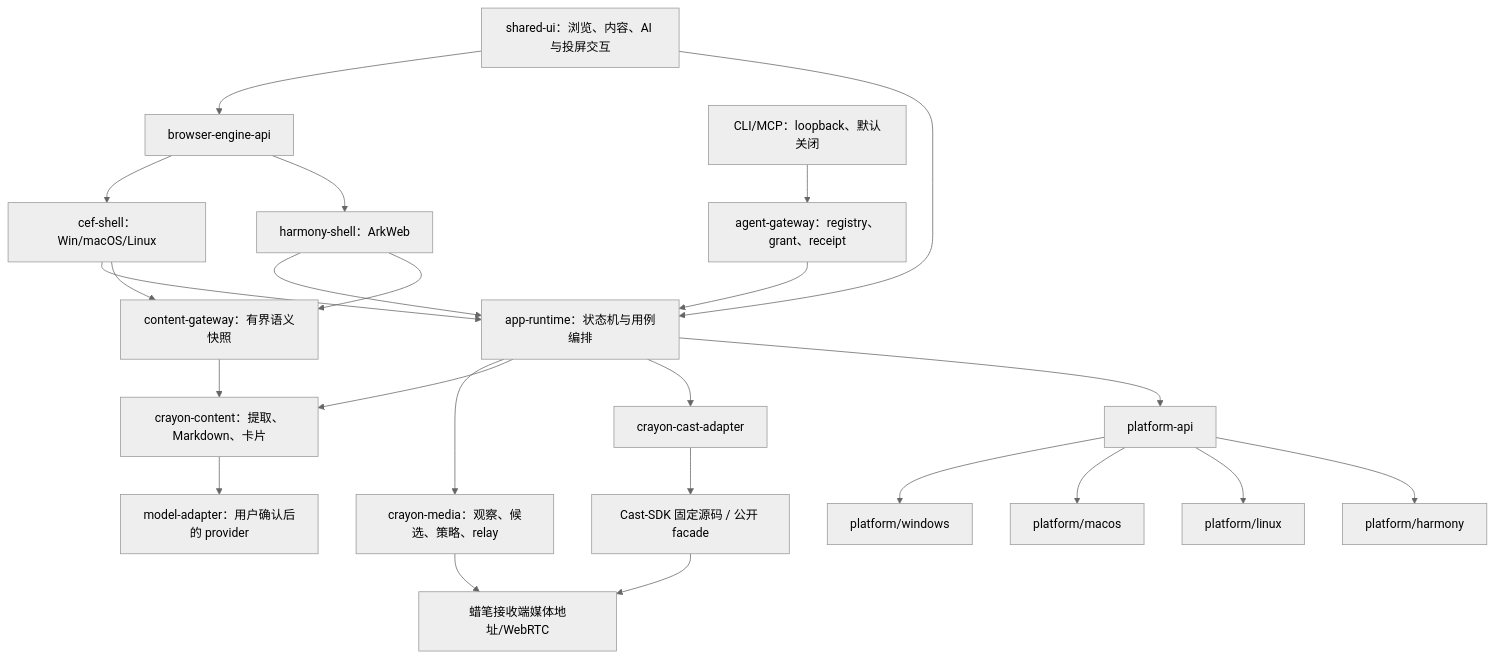
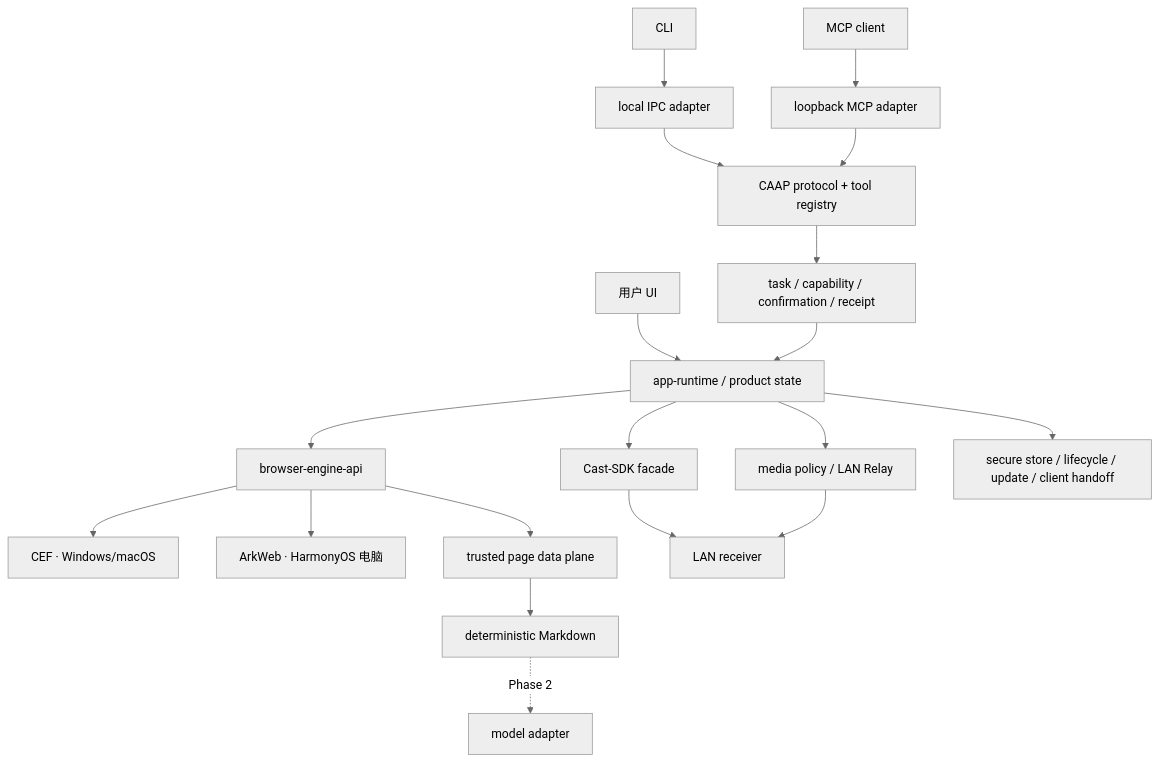
Before and after one commit to shenyingjun5/crayon-browser: the first of 3 diagrams in docs/current/architecture.md, drawn with Mermaid (neutral theme). The commit also changed other lines of this file and 20 other files, not shown here.

````diff
--- a/docs/current/architecture.md
+++ b/docs/current/architecture.md
@@ -7,26 +11,23 @@
 ```mermaid
 flowchart TB
-    UI["shared-ui：浏览、内容、AI 与投屏交互"] --> ENGINE["browser-engine-api"]
-    ENGINE --> CEF["cef-shell：Win/macOS/Linux"]
-    ENGINE --> ARK["harmony-shell：ArkWeb"]
-    UI --> APP["app-runtime：状态机与用例编排"]
-    CEF --> APP
-    ARK --> APP
-    APP --> MEDIA["crayon-media：观察、候选、策略、relay"]
-    CEF --> SNAP["content-gateway：有界语义快照"]
-    ARK --> SNAP
-    SNAP --> CONTENT["crayon-content：提取、Markdown、卡片"]
-    APP --> CONTENT
-    CONTENT --> MODEL["model-adapter：用户确认后的 provider"]
-    AGENT["CLI/MCP：loopback、默认关闭"] --> GATE["agent-gateway：registry、grant、receipt"]
-    GATE --> APP
-    APP --> CAST["crayon-cast-adapter"]
-    CAST --> SDK["Cast-SDK 固定源码 / 公开 facade"]
-    APP --> PLATFORM["platform-api"]
-    PLATFORM --> WIN["platform/windows"]
-    PLATFORM --> MAC["platform/macos"]
-    PLATFORM --> LNX["platform/linux"]
-    PLATFORM --> HM["platform/harmony"]
-    MEDIA --> RECEIVER["蜡笔接收端媒体地址/WebRTC"]
-    SDK --> RECEIVER
+  USER["用户 UI"] --> APP["app-runtime / product state"]
+  CLI["CLI"] --> IPC["local IPC adapter"]
+  MCP["MCP client"] --> MCPAD["loopback MCP adapter"]
+  IPC --> CAAP["CAAP protocol + tool registry"]
+  MCPAD --> CAAP
+  CAAP --> GUARD["task / capability / confirmation / receipt"]
+  GUARD --> APP
+
+  APP --> ENGINE["browser-engine-api"]
+  ENGINE --> CEF["CEF · Windows/macOS"]
+  ENGINE --> ARK["ArkWeb · HarmonyOS 电脑"]
+  ENGINE --> SNAP["trusted page data plane"]
+  SNAP --> MD["deterministic Markdown"]
+  MD -. Phase 2 .-> MODEL["model adapter"]
+
+  APP --> MEDIA["media policy / LAN Relay"]
+  APP --> CAST["Cast-SDK facade"]
+  CAST --> RX["LAN receiver"]
+  MEDIA --> RX
+  APP --> PLATFORM["secure store / lifecycle / update / client handoff"]
 ```
````
